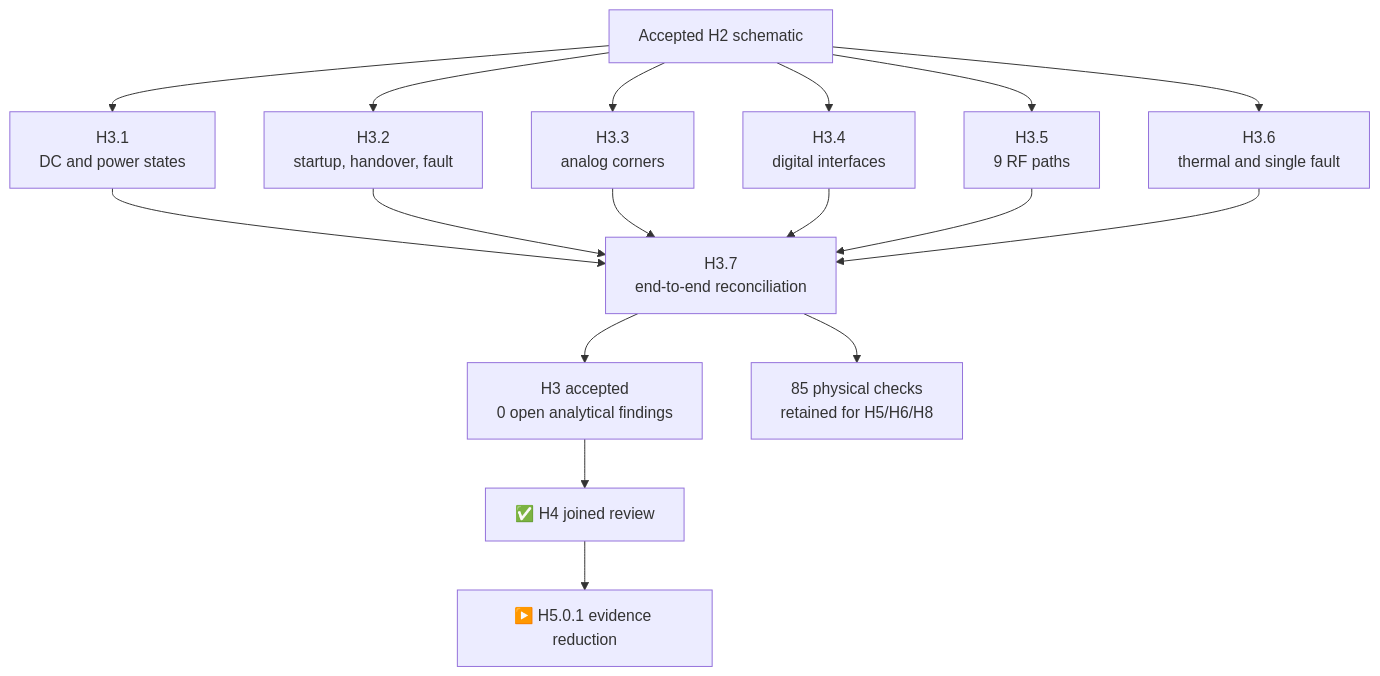
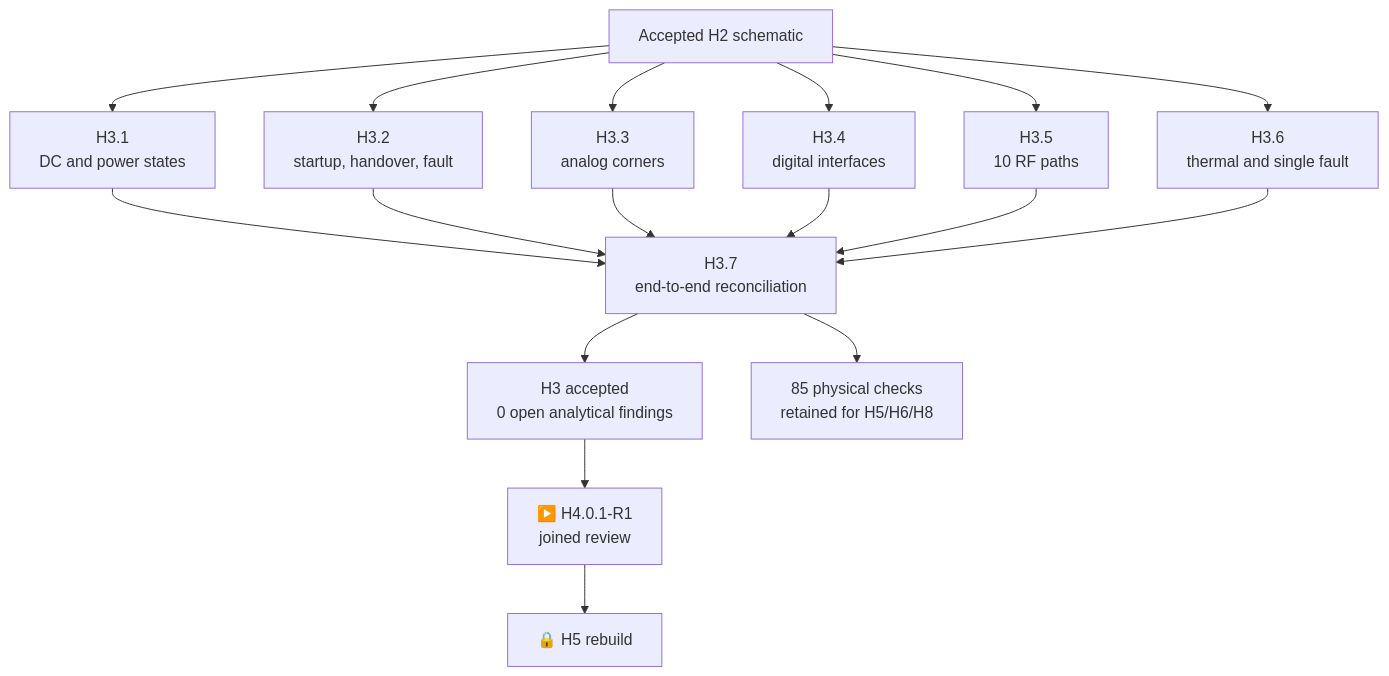
The diagram in docs/h3-acceptance.md (anton-vinogradov/esp32-leshy2), drawn with Mermaid before and after one commit. The commit also changed other lines of this file and 208 other files, not shown here.

Commit message:
Reclose H2 through H4 on dual SA818S architecture

````diff
--- a/docs/h3-acceptance.md
+++ b/docs/h3-acceptance.md
@@ -11,18 +11,18 @@
 ```mermaid
 flowchart TB
   H2["Accepted H2 schematic"]
   DC["H3.1<br/>DC and power states"]
   TR["H3.2<br/>startup, handover, fault"]
   AN["H3.3<br/>analog corners"]
   DI["H3.4<br/>digital interfaces"]
-  RF["H3.5<br/>9 RF paths"]
+  RF["H3.5<br/>10 RF paths"]
   SF["H3.6<br/>thermal and single fault"]
   X["H3.7<br/>end-to-end reconciliation"]
   OK["H3 accepted<br/>0 open analytical findings"]
   PH["85 physical checks<br/>retained for H5/H6/H8"]
   H2 --> DC & TR & AN & DI & RF & SF
   DC & TR & AN & DI & RF & SF --> X --> OK
   X --> PH
-  OK --> H4["✅ H4 joined review"]
-  H4 --> H5["▶️ H5.0.1 evidence reduction"]
+  OK --> H4["▶️ H4.0.1-R1<br/>joined review"]
+  H4 --> H5["🔒 H5 rebuild"]
 ```
````
